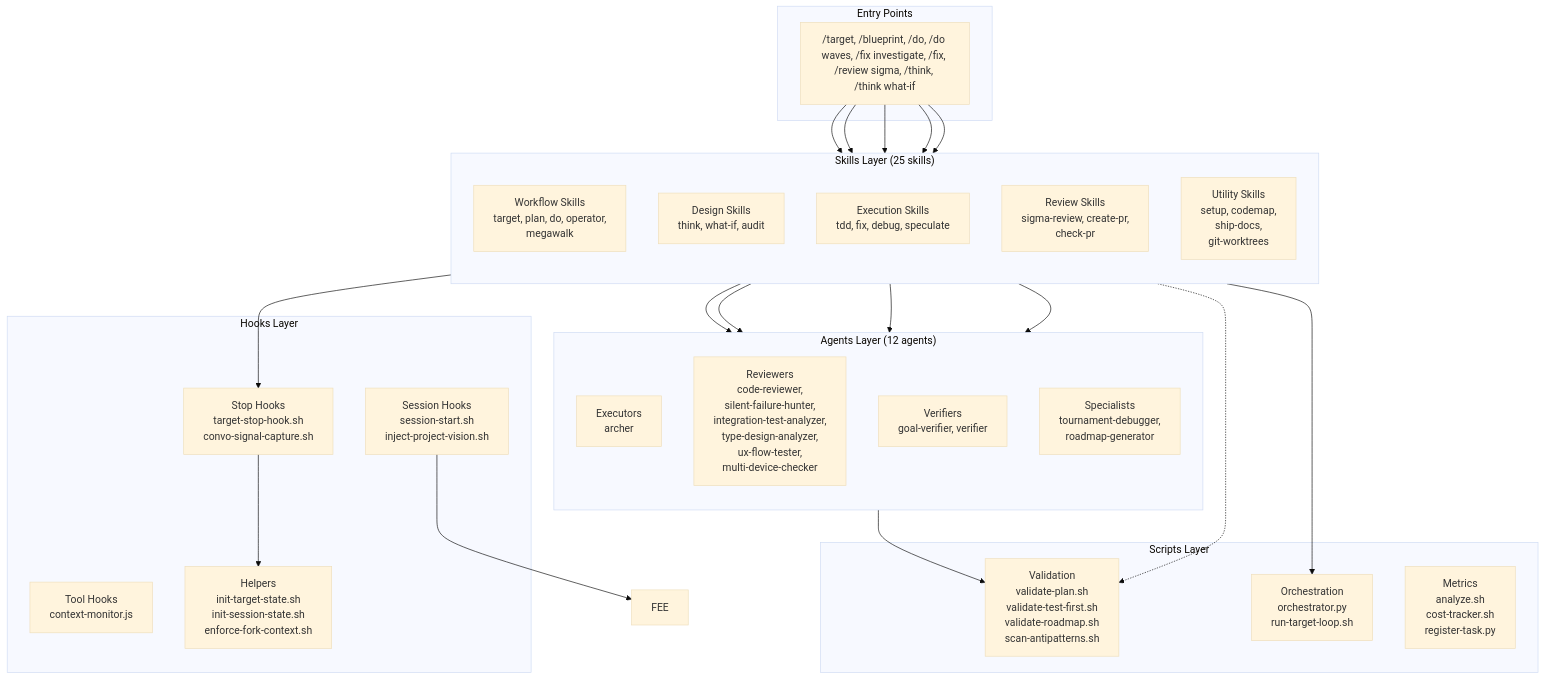
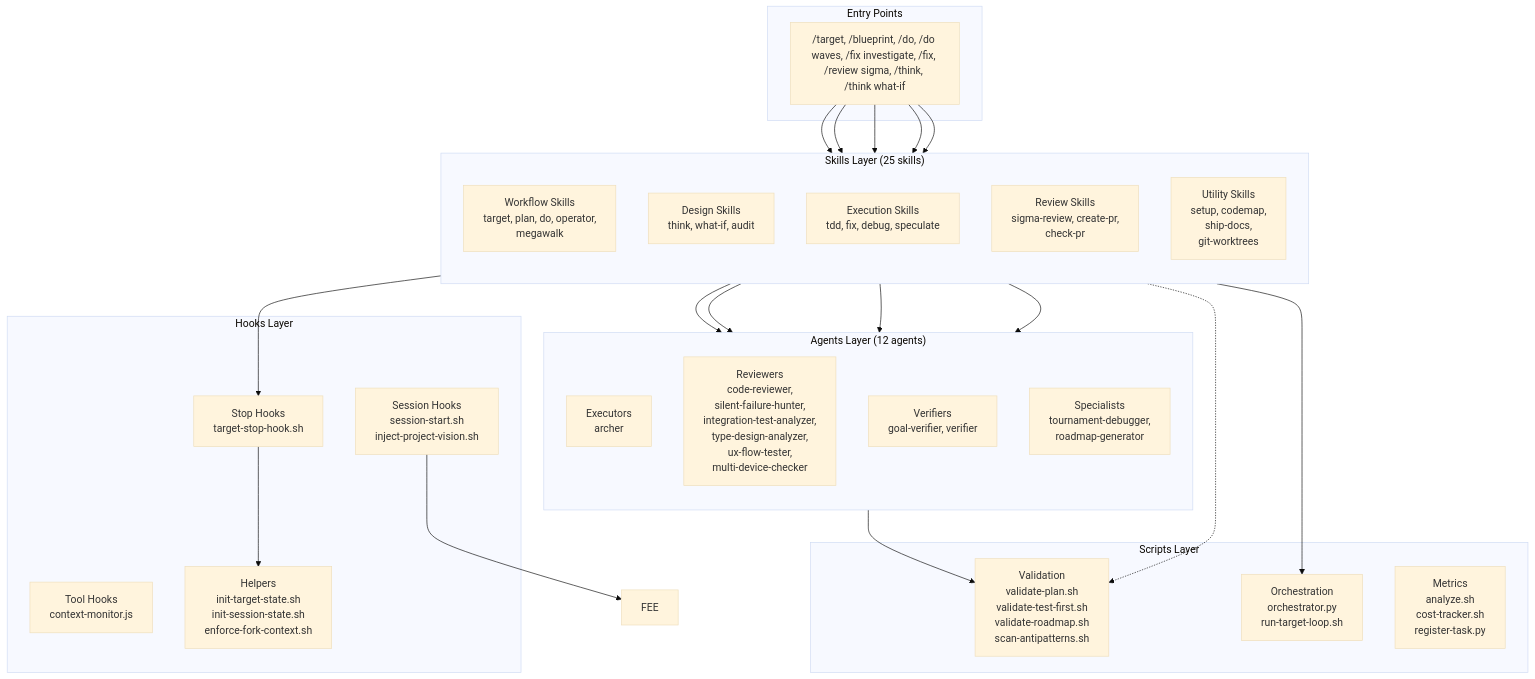
Before and after one commit to bllshttng/footnote: the first of 6 diagrams in docs/system-architecture.md, drawn with Mermaid (base theme). The commit also changed other lines of this file and 16 other files, not shown here.

First line of the commit message:
feat(x-ab9f): delete convo-signals capture (Group 3, task 1)

````diff
--- a/docs/system-architecture.md
+++ b/docs/system-architecture.md
@@ -42,55 +42,55 @@
 ```mermaid
 graph TB
     subgraph "Entry Points"
         CMD["/target, /blueprint, /do, /do waves, /fix investigate, /fix, /review sigma, /think, /think what-if"]
     end
 
     subgraph "Skills Layer (25 skills)"
         direction TB
         WF["Workflow Skills<br/>target, plan, do, operator,<br/>megawalk"]
         DS["Design Skills<br/>think, what-if, audit"]
         EX["Execution Skills<br/>tdd, fix, debug, speculate"]
         RV["Review Skills<br/>sigma-review, create-pr,<br/>check-pr"]
         UT["Utility Skills<br/>setup, codemap,<br/>ship-docs,<br/>git-worktrees"]
     end
 
     subgraph "Agents Layer (12 agents)"
         direction TB
         EXEC["Executors<br/>archer"]
         REV["Reviewers<br/>code-reviewer,<br/>silent-failure-hunter,<br/>integration-test-analyzer,<br/>type-design-analyzer,<br/>ux-flow-tester,<br/>multi-device-checker"]
         VER["Verifiers<br/>goal-verifier, verifier"]
         SPEC["Specialists<br/>tournament-debugger,<br/>roadmap-generator"]
     end
 
     subgraph "Hooks Layer"
-        STOP["Stop Hooks<br/>target-stop-hook.sh<br/>convo-signal-capture.sh"]
+        STOP["Stop Hooks<br/>target-stop-hook.sh"]
         SESS["Session Hooks<br/>session-start.sh<br/>inject-project-vision.sh"]
         TOOL["Tool Hooks<br/>context-monitor.js"]
         HELP["Helpers<br/>init-target-state.sh<br/>init-session-state.sh<br/>enforce-fork-context.sh"]
     end
 
     subgraph "Scripts Layer"
         VAL["Validation<br/>validate-plan.sh<br/>validate-test-first.sh<br/>validate-roadmap.sh<br/>scan-antipatterns.sh"]
         ORC["Orchestration<br/>orchestrator.py<br/>run-target-loop.sh"]
         MET["Metrics<br/>analyze.sh<br/>cost-tracker.sh<br/>register-task.py"]
     end
 
     CMD --> WF
     CMD --> DS
     CMD --> EX
     CMD --> RV
     CMD --> UT
 
     WF --> EXEC
     WF --> VER
     RV --> REV
     EX --> EXEC
     DS -.-> VAL
 
     WF --> ORC
     WF --> STOP
     SESS --> FEE
     STOP --> HELP
 
     EXEC --> VAL
 ```
````
